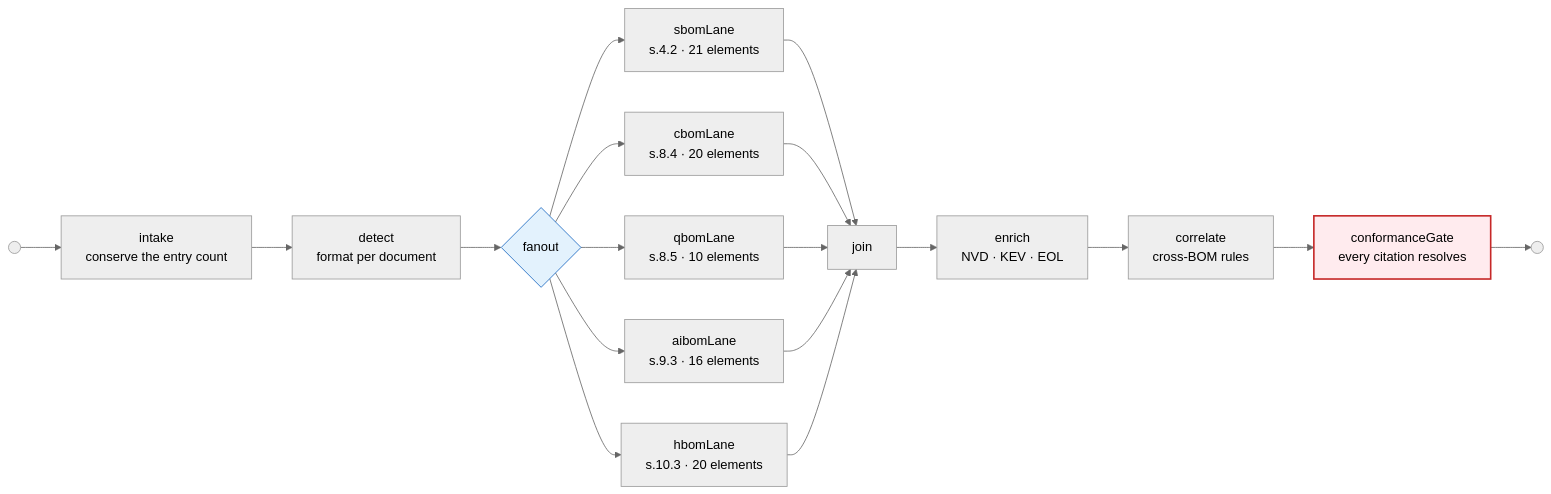
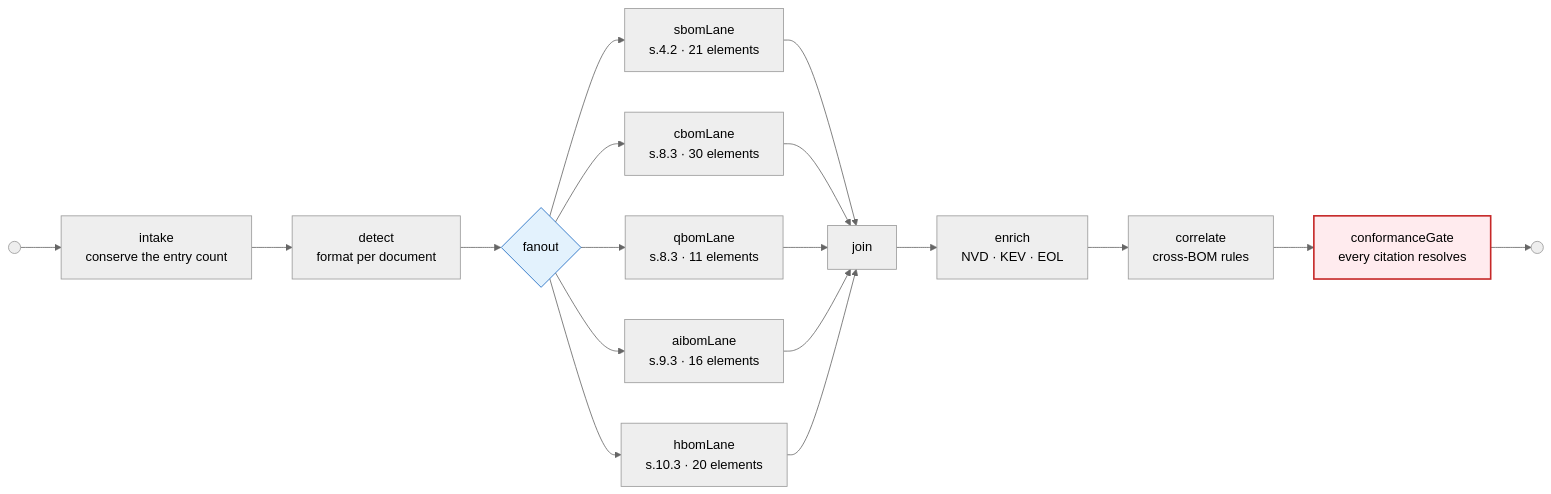
One commit to shubhamjha16/BOM_Automation changed the third of 16 diagrams in docs/ARCHITECTURE.md. Above: the diagram before and after it, drawn with Mermaid (neutral theme). The commit also changed other lines of this file and 25 other files, not shown here.

````diff
--- a/docs/ARCHITECTURE.md
+++ b/docs/ARCHITECTURE.md
@@ -160,26 +160,26 @@
 ```mermaid
 graph LR
     START(( )) --> INTAKE[intake<br/>conserve the entry count]
     INTAKE --> DETECT[detect<br/>format per document]
     DETECT --> FANOUT{fanout}
 
     FANOUT --> SBOM[sbomLane<br/>s.4.2 · 21 elements]
-    FANOUT --> CBOM[cbomLane<br/>s.8.4 · 20 elements]
-    FANOUT --> QBOM[qbomLane<br/>s.8.5 · 10 elements]
+    FANOUT --> CBOM[cbomLane<br/>s.8.3 · 30 elements]
+    FANOUT --> QBOM[qbomLane<br/>s.8.3 · 11 elements]
     FANOUT --> AIBOM[aibomLane<br/>s.9.3 · 16 elements]
     FANOUT --> HBOM[hbomLane<br/>s.10.3 · 20 elements]
 
     SBOM --> JOIN[join]
     CBOM --> JOIN
     QBOM --> JOIN
     AIBOM --> JOIN
     HBOM --> JOIN
 
     JOIN --> ENRICH[enrich<br/>NVD · KEV · EOL]
     ENRICH --> CORRELATE[correlate<br/>cross-BOM rules]
     CORRELATE --> GATE[conformanceGate<br/>every citation resolves]
     GATE --> END(( ))
 
     style GATE fill:#ffebee,stroke:#c62828,stroke-width:2px
     style FANOUT fill:#e3f2fd,stroke:#1565c0
 ```
````
